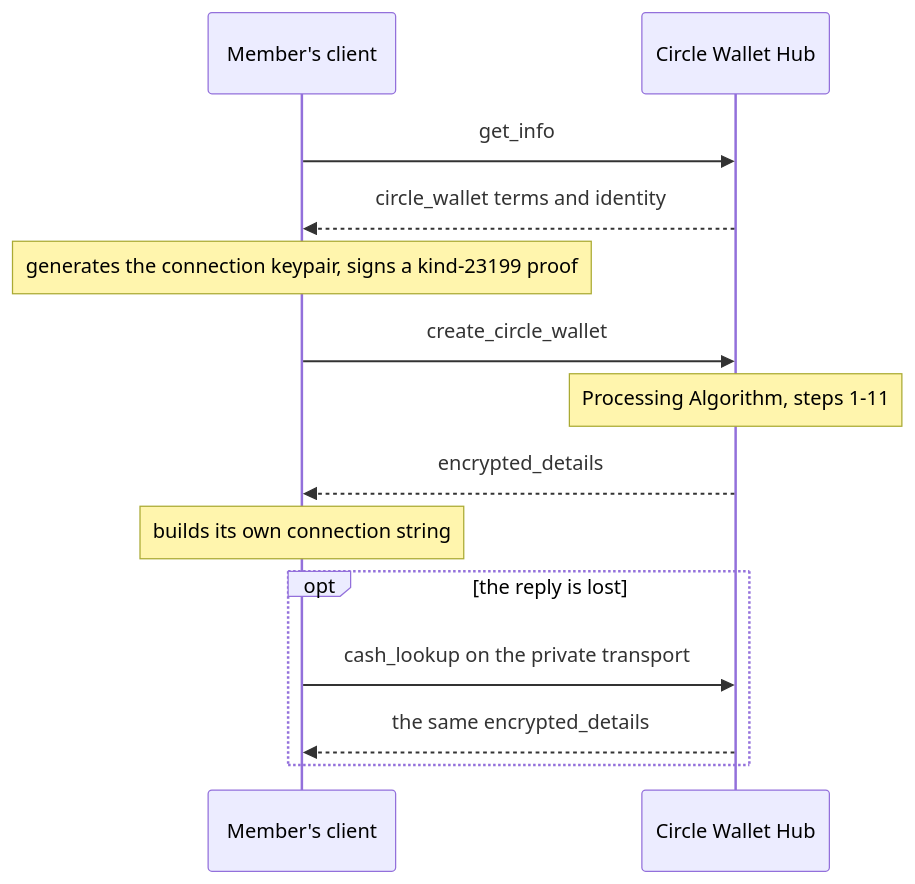
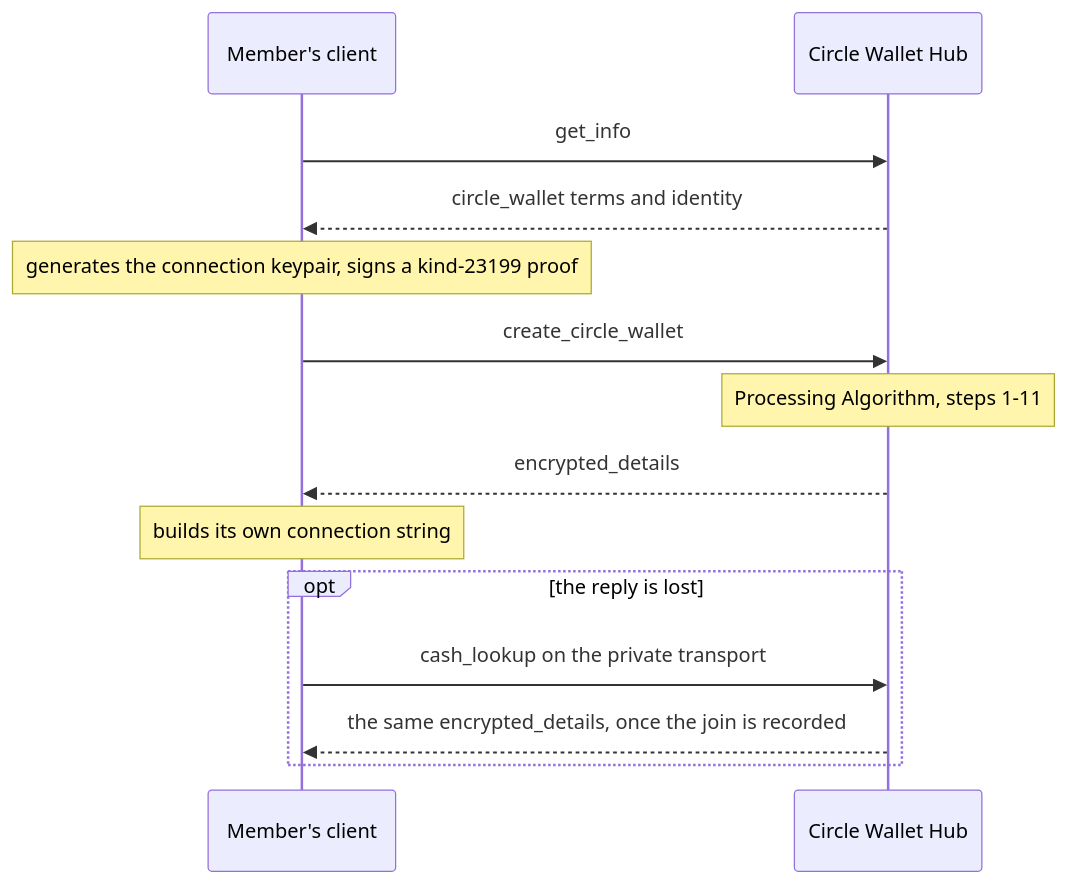
The first of 3 diagrams in NIP-CW.md (ohstr/nips), drawn with Mermaid before and after one commit. The commit also changed other lines of this file, not shown here.

Commit message:
docs(nip-cw): match the rotation and join diagrams and the payment table to the rules (#47)

````diff
--- a/NIP-CW.md
+++ b/NIP-CW.md
@@ -134,16 +134,16 @@
 ```mermaid
 sequenceDiagram
     participant M as Member's client
     participant H as Circle Wallet Hub
     M->>H: get_info
     H-->>M: circle_wallet terms and identity
     Note over M: generates the connection keypair, signs a kind-23199 proof
     M->>H: create_circle_wallet
     Note over H: Processing Algorithm, steps 1-11
     H-->>M: encrypted_details
     Note over M: builds its own connection string
     opt the reply is lost
         M->>H: cash_lookup on the private transport
-        H-->>M: the same encrypted_details
+        H-->>M: the same encrypted_details, once the join is recorded
     end
 ```
````
